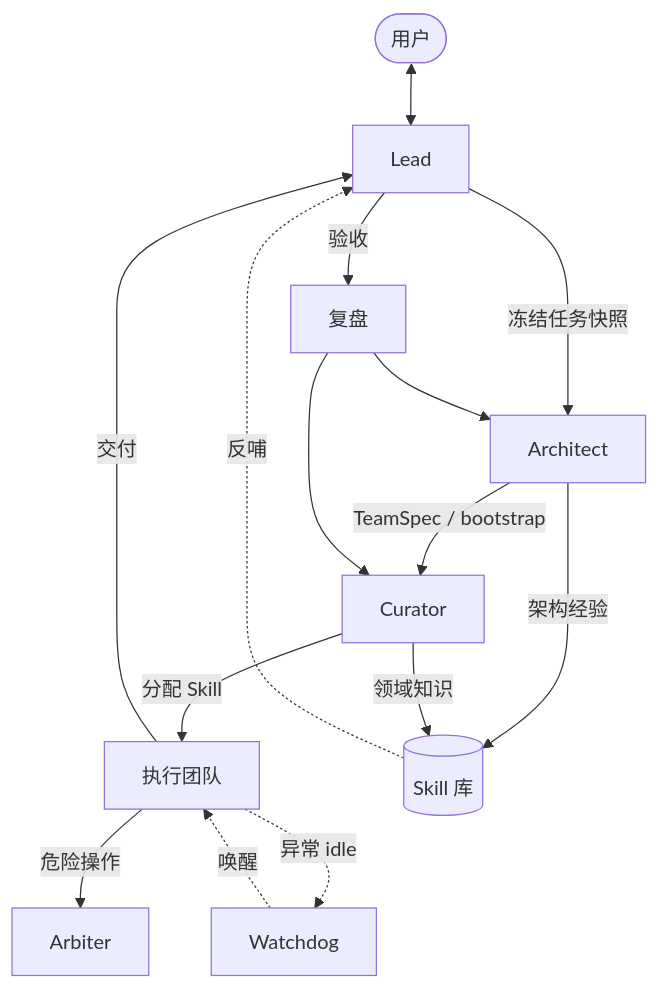
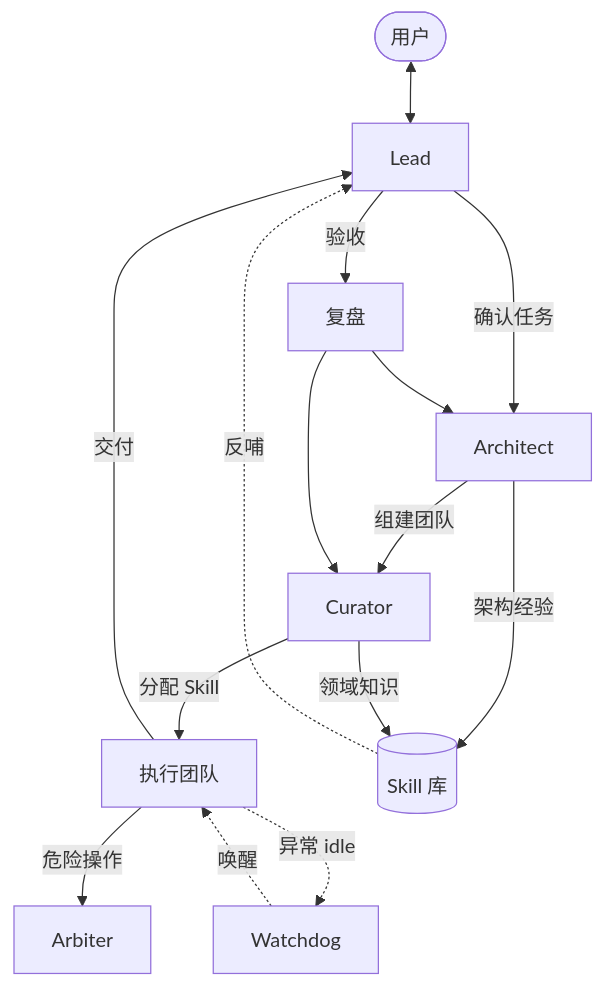
Before and after one commit to doee-hc/gatehouse: the diagram in README.zh.md, drawn with Mermaid. The commit also changed other lines of this file and 5 other files, not shown here.

````diff
--- a/README.zh.md
+++ b/README.zh.md
@@ -61,17 +48,17 @@
 ```mermaid
 flowchart TB
   User([用户]) <--> Lead
-  Lead -->|冻结任务快照| Architect
-  Architect -->|TeamSpec / bootstrap| Curator
+  Lead -->|确认任务| Architect
+  Architect -->|组建团队| Curator
   Curator -->|分配 Skill| ExecTeam[执行团队]
   ExecTeam -->|危险操作| Arbiter
   ExecTeam -.->|异常 idle| Watchdog
   Watchdog -.->|唤醒| ExecTeam
   ExecTeam -->|交付| Lead
   Lead -->|验收| Retro[复盘]
   Retro --> Architect
   Retro --> Curator
   Architect -->|架构经验| Skills[(Skill 库)]
   Curator -->|领域知识| Skills
   Skills -.->|反哺| Lead
 ```
````
